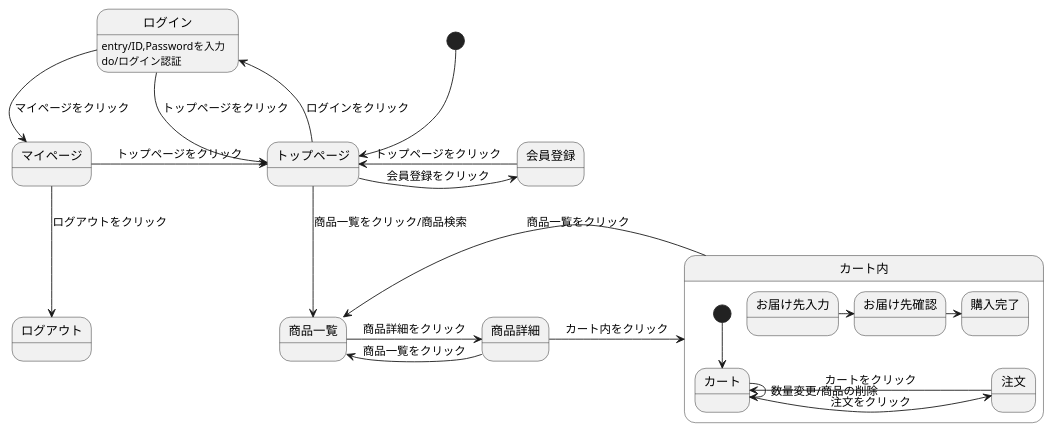
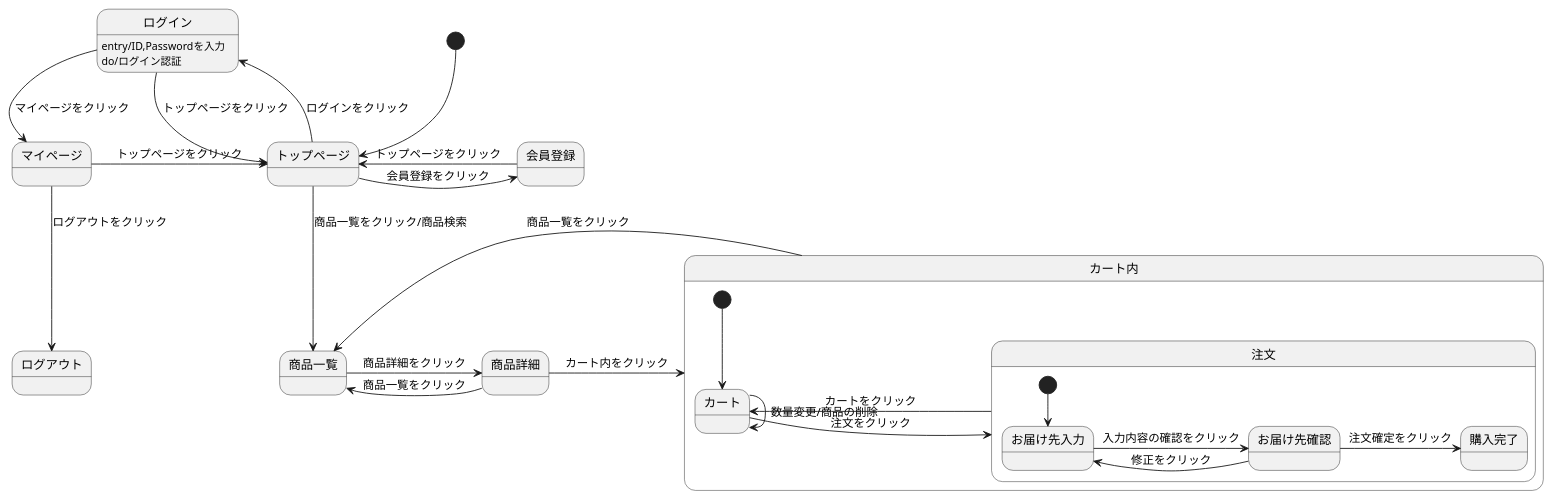
One commit to Aso2001163/2021sys-design-2 changed the diagram in stm01.md. Above: the diagram before and after it, drawn with PlantUML.

````diff
--- a/stm01.md
+++ b/stm01.md
@@ -1,27 +1,30 @@
 ```uml
 @startuml
 [*] --> トップページ
 トップページ -> 会員登録 : 会員登録をクリック
 会員登録 -> トップページ : トップページをクリック
 トップページ -left-> ログイン : ログインをクリック
 ログイン -> トップページ : トップページをクリック
 ログイン -down-> マイページ : マイページをクリック
 ログイン:entry/ID,Passwordを入力
 ログイン:do/ログイン認証
 マイページ -> トップページ : トップページをクリック
 マイページ -down-> ログアウト : ログアウトをクリック
 トップページ --> 商品一覧 : 商品一覧をクリック/商品検索
 商品一覧 -> 商品詳細 : 商品詳細をクリック  
 商品詳細 -> 商品一覧 : 商品一覧をクリック
 商品詳細 -> カート内 : カート内をクリック
 カート内 -> 商品一覧 : 商品一覧をクリック
 
-state カート内{
+state カート内 {
   [*] --> カート
   カート -> 注文 : 注文をクリック
   カート -> カート : 数量変更/商品の削除
   注文 -> カート : カートをクリック
-お届け先入力 -> お届け先確認
-お届け先確認 -> 購入完了
+  state 注文 {
+    [*] --> お届け先入力
+    お届け先入力 -> お届け先確認 : 入力内容の確認をクリック
+    お届け先確認 -> お届け先入力 : 修正をクリック
+    お届け先確認 -> 購入完了 : 注文確定をクリック
 @enduml
 ```
````
